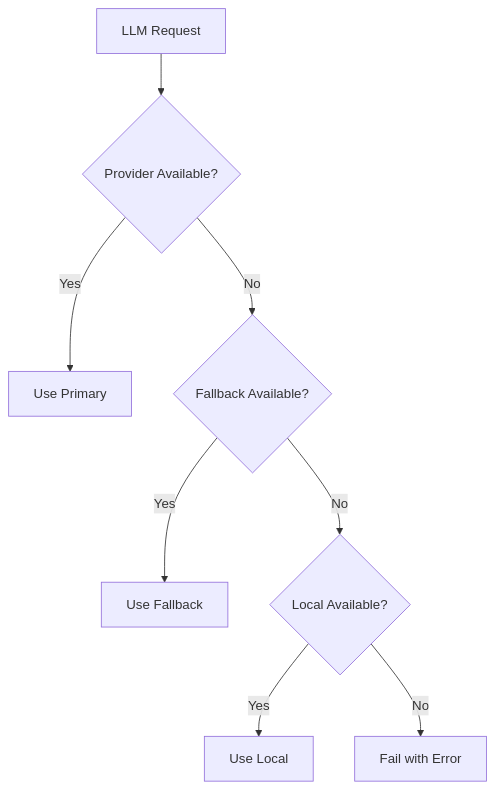
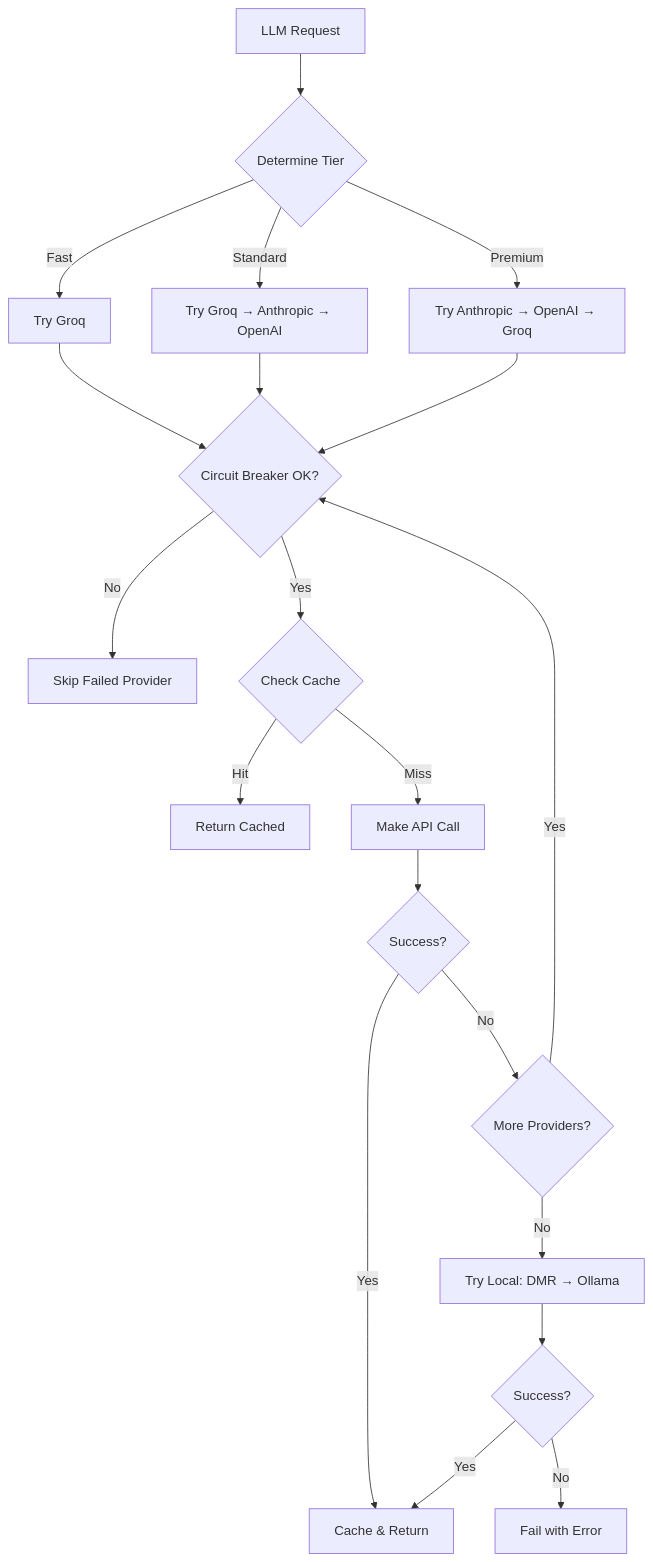
One commit to fwornle/coding changed the second of 2 diagrams in docs-content/guides/llm-providers.md. Above: the diagram before and after it, drawn with Mermaid. The commit also changed other lines of this file and 8 other files, not shown here.

````diff
--- a/docs-content/guides/llm-providers.md
+++ b/docs-content/guides/llm-providers.md
@@ -179,10 +225,22 @@
 ```mermaid
 flowchart TB
-    A[LLM Request] --> B{Provider Available?}
-    B -->|Yes| C[Use Primary]
-    B -->|No| D{Fallback Available?}
-    D -->|Yes| E[Use Fallback]
-    D -->|No| F{Local Available?}
-    F -->|Yes| G[Use Local]
-    F -->|No| H[Fail with Error]
+    A[LLM Request] --> B{Determine Tier}
+    B -->|Fast| C[Try Groq]
+    B -->|Standard| D[Try Groq → Anthropic → OpenAI]
+    B -->|Premium| E[Try Anthropic → OpenAI → Groq]
+    C --> F{Circuit Breaker OK?}
+    D --> F
+    E --> F
+    F -->|No| G[Skip Failed Provider]
+    F -->|Yes| H{Check Cache}
+    H -->|Hit| I[Return Cached]
+    H -->|Miss| J[Make API Call]
+    J --> K{Success?}
+    K -->|Yes| L[Cache & Return]
+    K -->|No| M{More Providers?}
+    M -->|Yes| F
+    M -->|No| N[Try Local: DMR → Ollama]
+    N --> O{Success?}
+    O -->|Yes| L
+    O -->|No| P[Fail with Error]
 ```
````
